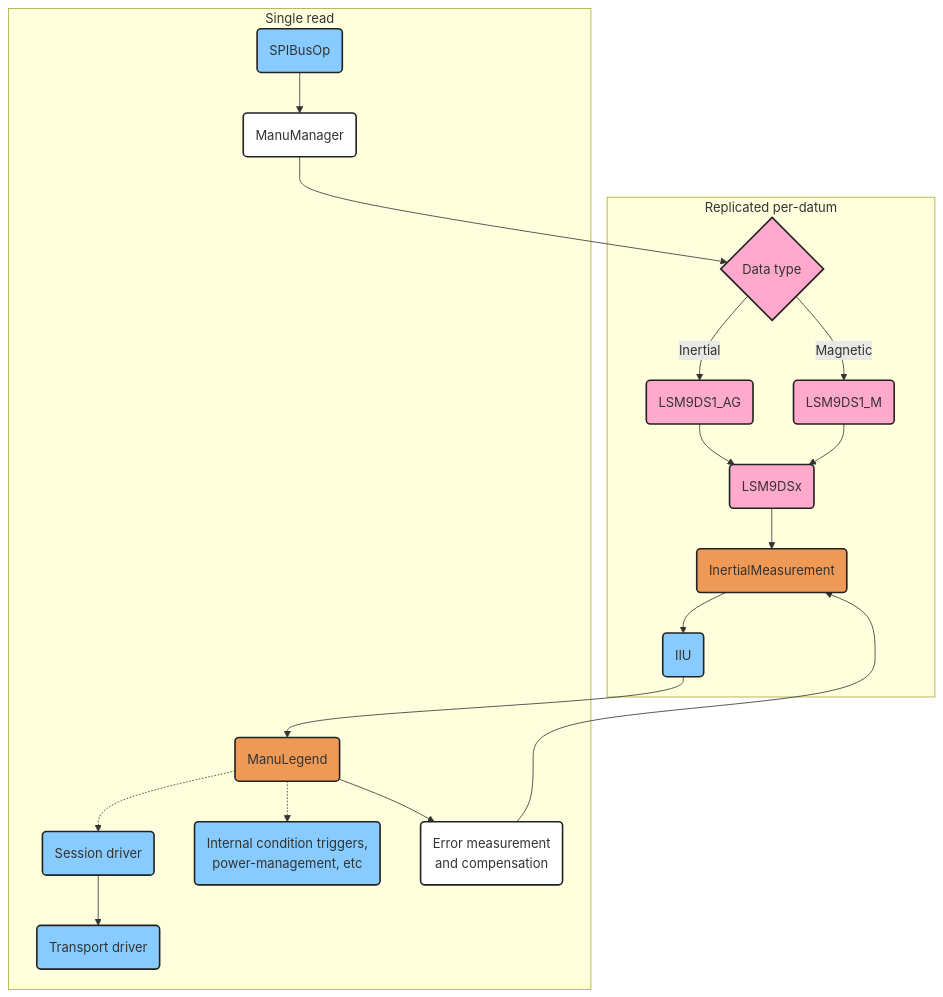
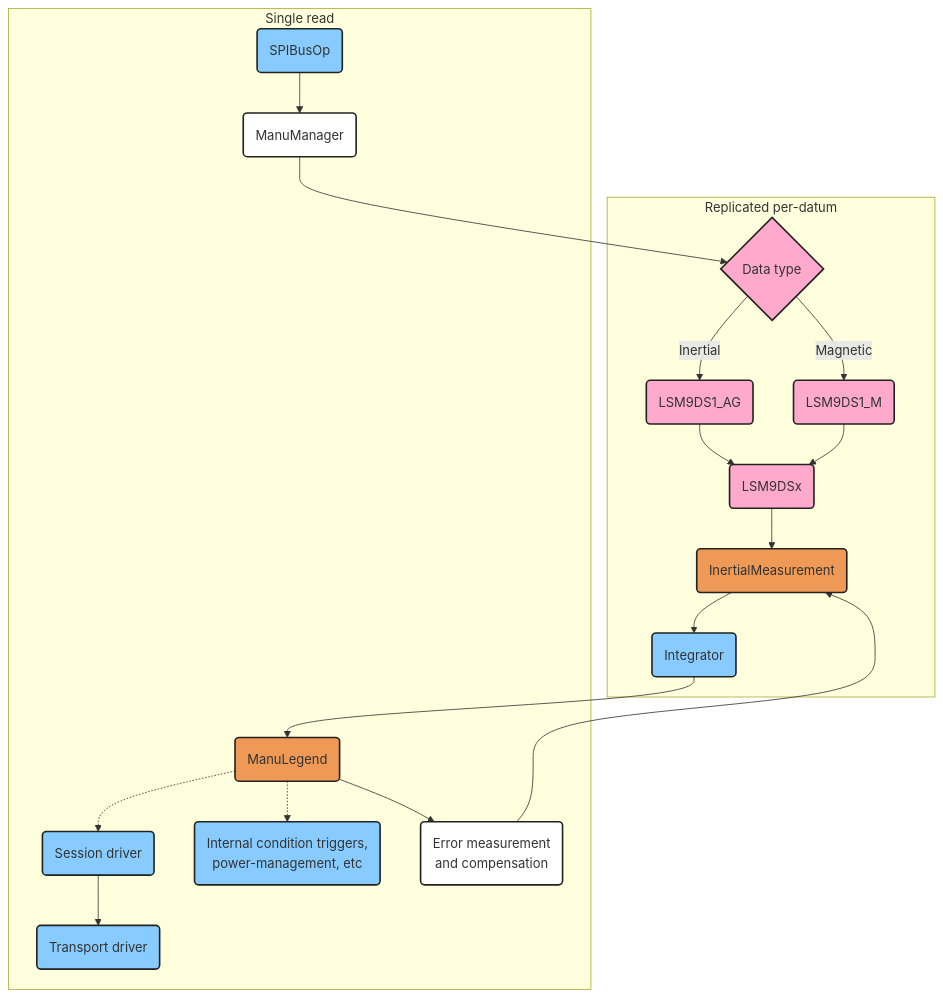
One commit to Manuvr/Digitabulum-Firmware changed the third of 3 diagrams in doc/NOTES.md. Above: the diagram before and after it, drawn with Mermaid. The commit also changed 7 other files, not shown here.

````diff
--- a/doc/NOTES.md
+++ b/doc/NOTES.md
@@ -53,54 +53,54 @@
   ```{mermaid}
   graph TD
     h(SPIBusOp)
     i(LSM9DS1_AG)
     j(LSM9DS1_M)
     k(LSM9DSx)
     m(InertialMeasurement)
     n(ManuManager)
-    o(IIU)
+    o(Integrator)
     p(ManuLegend)
 
     q(Session driver)
     r(Transport driver)
     s(Internal condition triggers,<br /> power-management, etc)
     t(Error measurement<br /> and compensation)
 
     z{Data type}
 
     subgraph Replicated per-datum
     z -->|Inertial| i
     z -->|Magnetic| j
     i --> k
     j --> k
     k --> m
     m --> o
     end
 
     subgraph Single read
     t --> m
     p --> t
     h --> n
     n --> z
     o --> p
     p -.-> s
     p -.-> q
     q --> r
     end
 
     style h fill:#8Cf,stroke:#222,stroke-width:2px;
     style i fill:#fac,stroke:#222,stroke-width:2px;
     style j fill:#fac,stroke:#222,stroke-width:2px;
     style k fill:#fac,stroke:#222,stroke-width:2px;
     style m fill:#e95,stroke:#222,stroke-width:2px;
     style n fill:#fff,stroke:#222,stroke-width:2px;
 
     style o fill:#8Cf,stroke:#222,stroke-width:2px;
     style p fill:#e95,stroke:#222,stroke-width:2px;
     style q fill:#8Cf,stroke:#222,stroke-width:2px;
     style r fill:#8Cf,stroke:#222,stroke-width:2px;
     style s fill:#8Cf,stroke:#222,stroke-width:2px;
     style t fill:#fff,stroke:#222,stroke-width:2px;
 
     style z fill:#fac,stroke:#222,stroke-width:2px;
   ```
````
